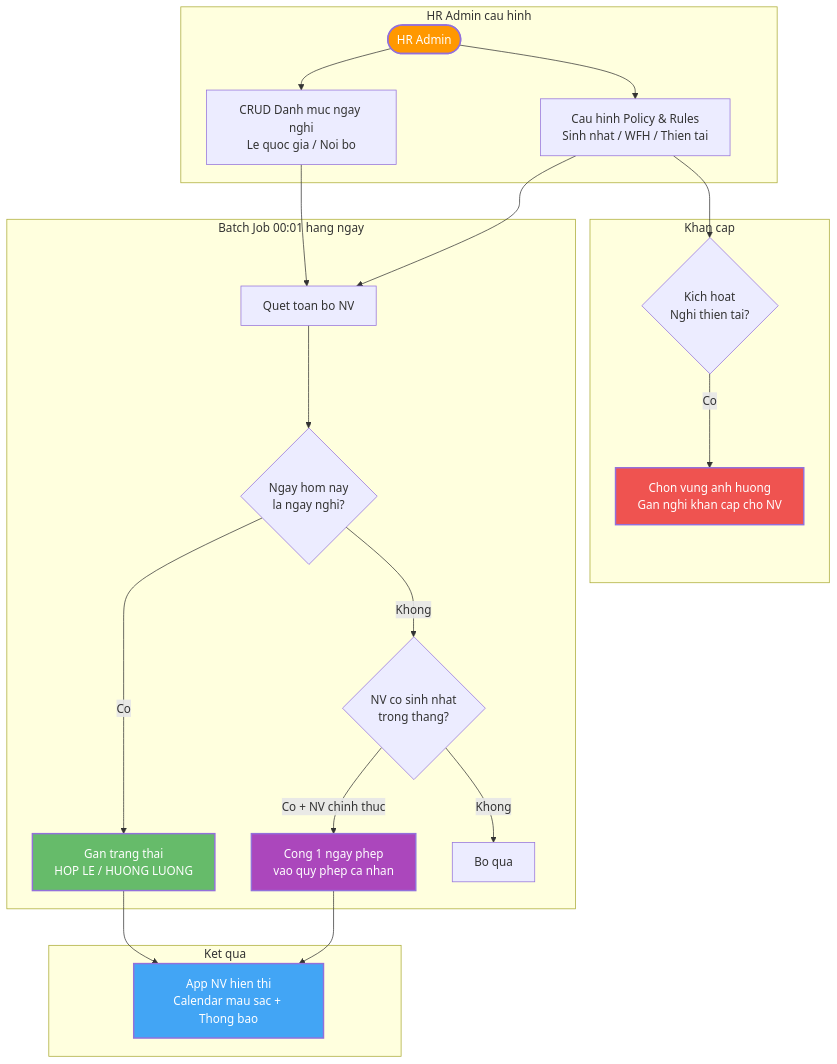
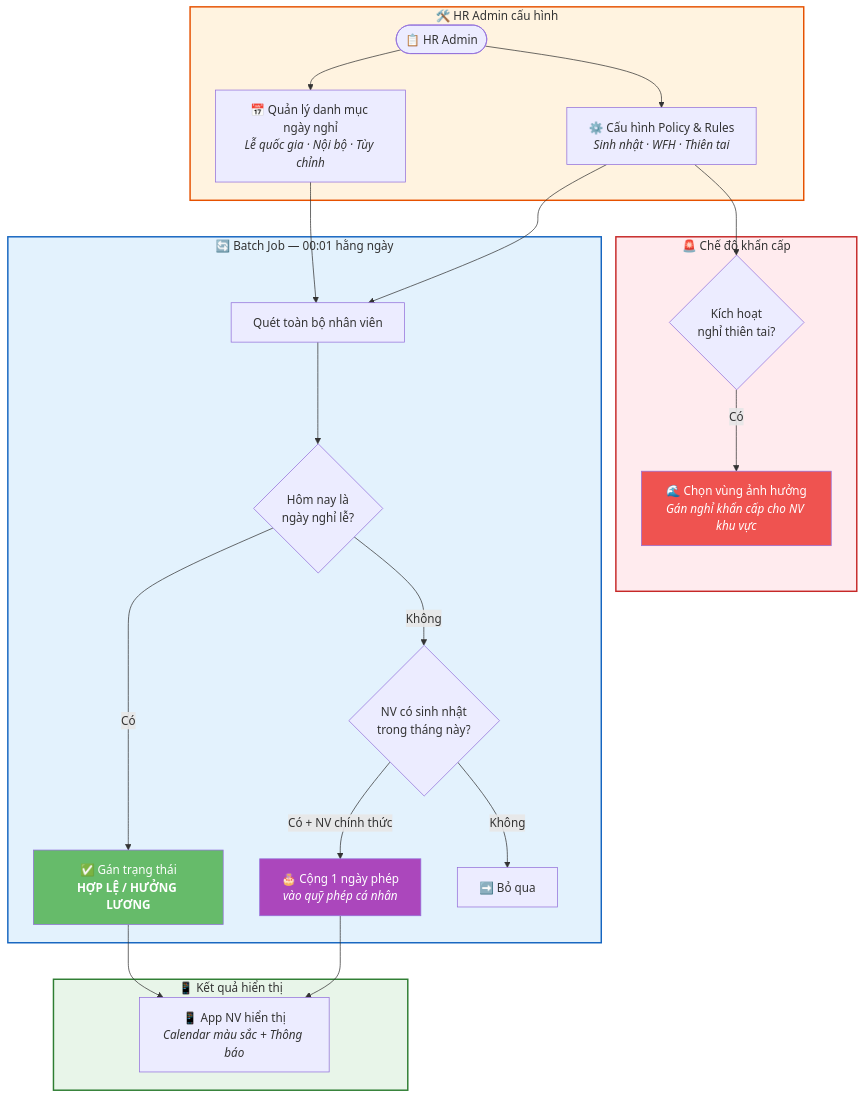
The first of 2 diagrams in outputs/mini-app-cham-cong/2.11-Mini-app/2.11.7.-Cấu-hình-lịch-nghỉ/README.md (olbboy/BA-Kit), drawn with Mermaid before and after one commit. The commit also changed other lines of this file and 5 other files, not shown here.

First line of the commit message:
style: rewrite all 11 Mermaid diagrams — full Vietnamese + visual upgrade

````diff
--- a/outputs/mini-app-cham-cong/2.11-Mini-app/2.11.7.-Cấu-hình-lịch-nghỉ/README.md
+++ b/outputs/mini-app-cham-cong/2.11-Mini-app/2.11.7.-Cấu-hình-lịch-nghỉ/README.md
@@ -25,37 +25,48 @@
 ```mermaid
 graph TD
-    subgraph Config["HR Admin cau hinh"]
-        A([HR Admin]) --> B[CRUD Danh muc ngay nghi<br/>Le quoc gia / Noi bo]
-        A --> C[Cau hinh Policy & Rules<br/>Sinh nhat / WFH / Thien tai]
+    subgraph config [" 🛠️ HR Admin cấu hình "]
+        A(["📋 HR Admin"])
+        B["📅 Quản lý danh mục ngày nghỉ<br/><i>Lễ quốc gia · Nội bộ · Tùy chỉnh</i>"]
+        C["⚙️ Cấu hình Policy & Rules<br/><i>Sinh nhật · WFH · Thiên tai</i>"]
     end
 
-    subgraph BatchJob["Batch Job 00:01 hang ngay"]
-        B & C --> D[Quet toan bo NV]
-        D --> E{Ngay hom nay<br/>la ngay nghi?}
-        E -->|Co| F[Gan trang thai<br/>HOP LE / HUONG LUONG]
-        E -->|Khong| G{NV co sinh nhat<br/>trong thang?}
-        G -->|Co + NV chinh thuc| H[Cong 1 ngay phep<br/>vao quy phep ca nhan]
-        G -->|Khong| I[Bo qua]
+    subgraph batch [" 🔄 Batch Job — 00:01 hằng ngày "]
+        D["Quét toàn bộ nhân viên"]
+        E{"Hôm nay là<br/>ngày nghỉ lễ?"}
+        F["✅ Gán trạng thái<br/><b>HỢP LỆ / HƯỞNG LƯƠNG</b>"]
+        G{"NV có sinh nhật<br/>trong tháng này?"}
+        H["🎂 Cộng 1 ngày phép<br/><i>vào quỹ phép cá nhân</i>"]
+        I["➡️ Bỏ qua"]
     end
 
-    subgraph Output["Ket qua"]
-        F & H --> J[App NV hien thi<br/>Calendar mau sac + Thong bao]
+    subgraph output [" 📱 Kết quả hiển thị "]
+        J["📱 App NV hiển thị<br/><i>Calendar màu sắc + Thông báo</i>"]
     end
 
-    subgraph Emergency["Khan cap"]
-        C --> K{Kich hoat<br/>Nghi thien tai?}
-        K -->|Co| L[Chon vung anh huong<br/>Gan nghi khan cap cho NV]
+    subgraph emergency [" 🚨 Chế độ khẩn cấp "]
+        K{"Kích hoạt<br/>nghỉ thiên tai?"}
+        L["🌊 Chọn vùng ảnh hưởng<br/><i>Gán nghỉ khẩn cấp cho NV khu vực</i>"]
     end
 
-    classDef admin fill:#FF9800,color:#fff,stroke-width:2px
-    classDef success fill:#66BB6A,color:#fff,stroke-width:2px
-    classDef special fill:#AB47BC,color:#fff,stroke-width:2px
-    classDef danger fill:#EF5350,color:#fff,stroke-width:2px
-    classDef output fill:#42A5F5,color:#fff,stroke-width:2px
+    A --> B & C
+    B & C --> D --> E
+    E -->|"Có"| F
+    E -->|"Không"| G
+    G -->|"Có + NV chính thức"| H
+    G -->|"Không"| I
+    F & H --> J
+    C --> K -->|"Có"| L
 
-    class A admin
-    class F success
+    style config fill:#FFF3E0,stroke:#E65100,stroke-width:2px
+    style batch fill:#E3F2FD,stroke:#1565C0,stroke-width:2px
+    style output fill:#E8F5E9,stroke:#2E7D32,stroke-width:2px
+    style emergency fill:#FFEBEE,stroke:#C62828,stroke-width:2px
+
+    classDef ok fill:#66BB6A,color:#fff
+    classDef special fill:#AB47BC,color:#fff
+    classDef danger fill:#EF5350,color:#fff
+
+    class F ok
     class H special
     class L danger
-    class J output
 ```
````
